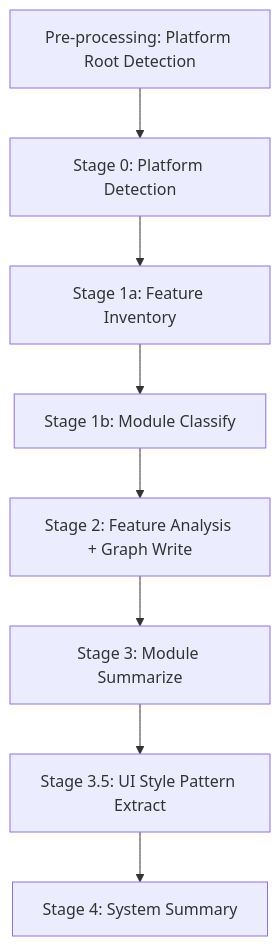
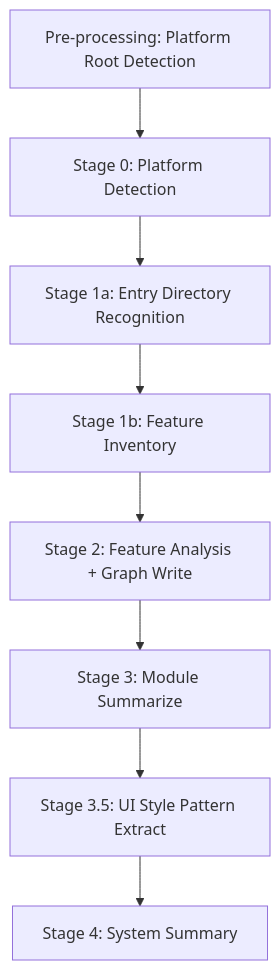
Before and after one commit to charlesmu99/speccrew: the diagram in .speccrew/skills/speccrew-knowledge-bizs-dispatch/SKILL.md, drawn with Mermaid. The commit also changed other lines of this file and 13 other files, not shown here.

````diff
--- a/.speccrew/skills/speccrew-knowledge-bizs-dispatch/SKILL.md
+++ b/.speccrew/skills/speccrew-knowledge-bizs-dispatch/SKILL.md
@@ -147,10 +58,10 @@
 ```mermaid
 flowchart TB
     S0[Pre-processing: Platform Root Detection] --> S0a[Stage 0: Platform Detection]
-    S0a --> S1a[Stage 1a: Feature Inventory]
-    S1a --> S1b[Stage 1b: Module Classify]
+    S0a --> S1a[Stage 1a: Entry Directory Recognition]
+    S1a --> S1b[Stage 1b: Feature Inventory]
     S1b --> S2[Stage 2: Feature Analysis + Graph Write]
     S2 --> S3[Stage 3: Module Summarize]
     S3 --> S3_5[Stage 3.5: UI Style Pattern Extract]
     S3_5 --> S4[Stage 4: System Summary]
 ```
````
